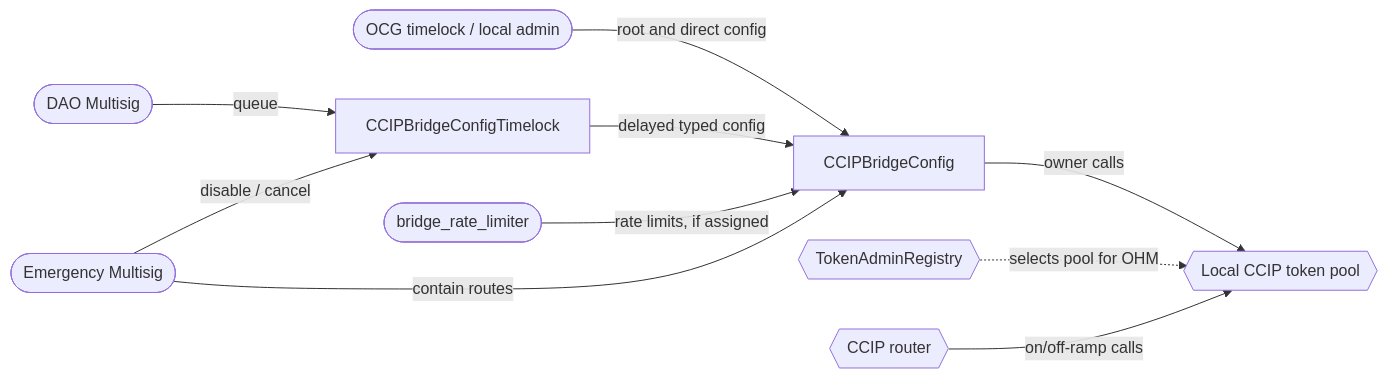
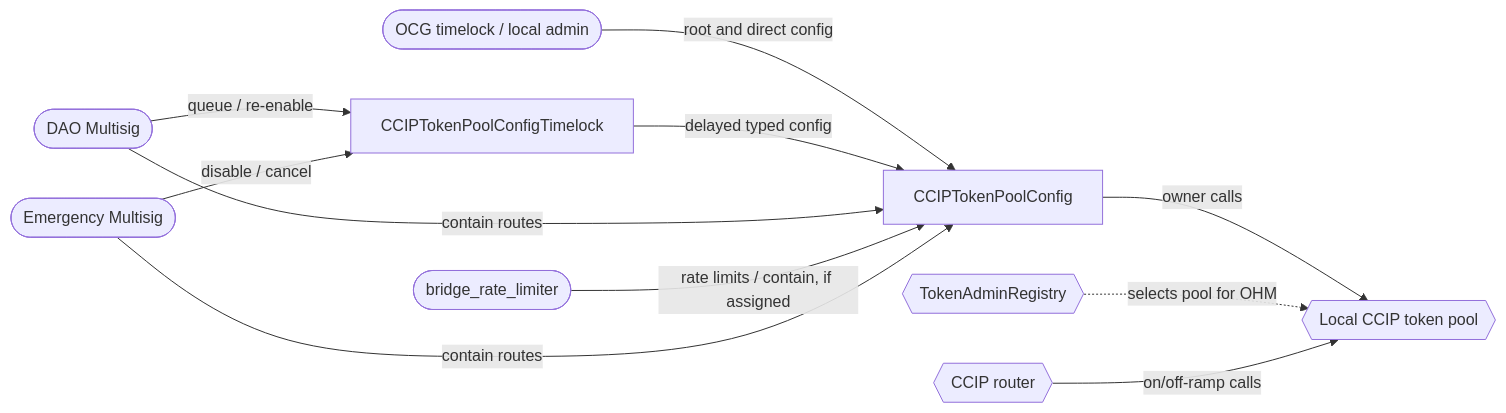
The diagram in audit/2026-09_ccip-bridge-config/README.md (OlympusDAO/olympus-v3), drawn with Mermaid before and after one commit. The commit also changed other lines of this file and 3 other files, not shown here.

````diff
--- a/audit/2026-09_ccip-bridge-config/README.md
+++ b/audit/2026-09_ccip-bridge-config/README.md
@@ -115,12 +125,13 @@
 ```mermaid
 flowchart LR
-  OCG([OCG timelock / local admin]) -->|root and direct config| CFG[CCIPBridgeConfig]
-  DAO([DAO Multisig]) -->|queue| TL[CCIPBridgeConfigTimelock]
+  OCG([OCG timelock / local admin]) -->|root and direct config| CFG[CCIPTokenPoolConfig]
+  DAO([DAO Multisig]) -->|queue / re-enable| TL[CCIPTokenPoolConfigTimelock]
   TL -->|delayed typed config| CFG
-  RATE([bridge_rate_limiter]) -->|rate limits, if assigned| CFG
+  DAO -->|contain routes| CFG
+  RATE([bridge_rate_limiter]) -->|rate limits / contain, if assigned| CFG
   EM([Emergency Multisig]) -->|contain routes| CFG
   EM -->|disable / cancel| TL
   CFG -->|owner calls| POOL{{Local CCIP token pool}}
   REG{{TokenAdminRegistry}} -.->|selects pool for OHM| POOL
   ROUTER{{CCIP router}} -->|on/off-ramp calls| POOL
 ```
````
